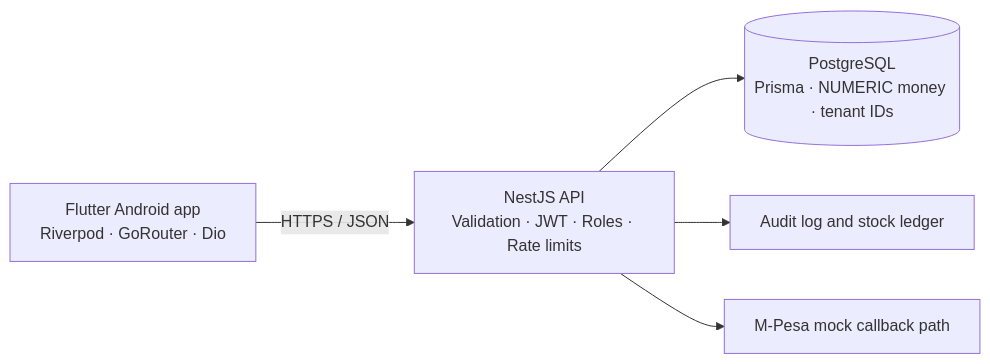
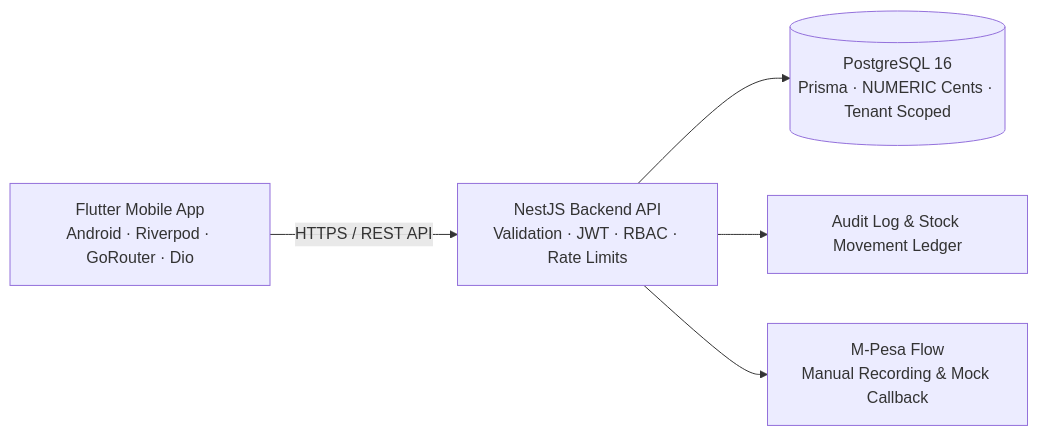
The diagram in README.md (abdalla-dev453/stockpesa), drawn with Mermaid before and after one commit. The commit also changed other lines of this file, not shown here.

Commit message:
docs: enrich project README with architecture, branch map, and QA index

````diff
--- a/README.md
+++ b/README.md
@@ -17,7 +36,7 @@
 ```mermaid
 flowchart LR
-  M[Flutter Android app\nRiverpod · GoRouter · Dio] -->|HTTPS / JSON| API[NestJS API\nValidation · JWT · Roles · Rate limits]
-  API --> DB[(PostgreSQL\nPrisma · NUMERIC money · tenant IDs)]
-  API --> AUD[Audit log and stock ledger]
-  API --> MP[M-Pesa mock callback path]
+  M[Flutter Mobile App\nAndroid · Riverpod · GoRouter · Dio] -->|HTTPS / REST API| API[NestJS Backend API\nValidation · JWT · RBAC · Rate Limits]
+  API --> DB[(PostgreSQL 16\nPrisma · NUMERIC Cents · Tenant Scoped)]
+  API --> AUD[Audit Log & Stock Movement Ledger]
+  API --> MP[M-Pesa Flow\nManual Recording & Mock Callback]
 ```
````
